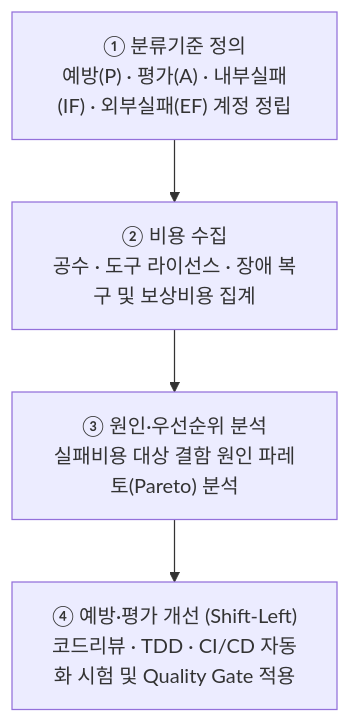
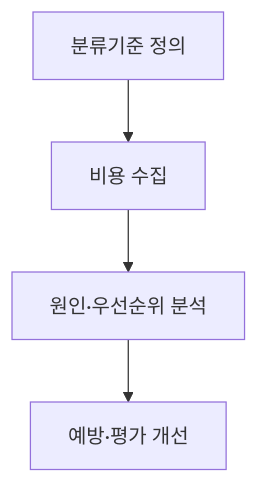
The first of 3 diagrams in src/content/docs/notes/itpe/01-it-strategy/106_cost_of_quality_coq.md (agnusdei1207/study), drawn with Mermaid before and after one commit. The commit also changed other lines of this file and 18 other files, not shown here.

````diff
--- a/src/content/docs/notes/itpe/01-it-strategy/106_cost_of_quality_coq.md
+++ b/src/content/docs/notes/itpe/01-it-strategy/106_cost_of_quality_coq.md
@@ -65,8 +64,4 @@
 ```mermaid
 flowchart TD
-    S1["① 분류기준 정의<br/>예방(P) · 평가(A) · 내부실패(IF) · 외부실패(EF) 계정 정립"]
-    S2["② 비용 수집<br/>공수 · 도구 라이선스 · 장애 복구 및 보상비용 집계"]
-    S3["③ 원인·우선순위 분석<br/>실패비용 대상 결함 원인 파레토(Pareto) 분석"]
-    S4["④ 예방·평가 개선 (Shift-Left)<br/>코드리뷰 · TDD · CI/CD 자동화 시험 및 Quality Gate 적용"]
-    S1 --> S2 --> S3 --> S4
+    S1["분류기준 정의"] --> S2["비용 수집"] --> S3["원인·우선순위 분석"] --> S4["예방·평가 개선"]
 ```
````
